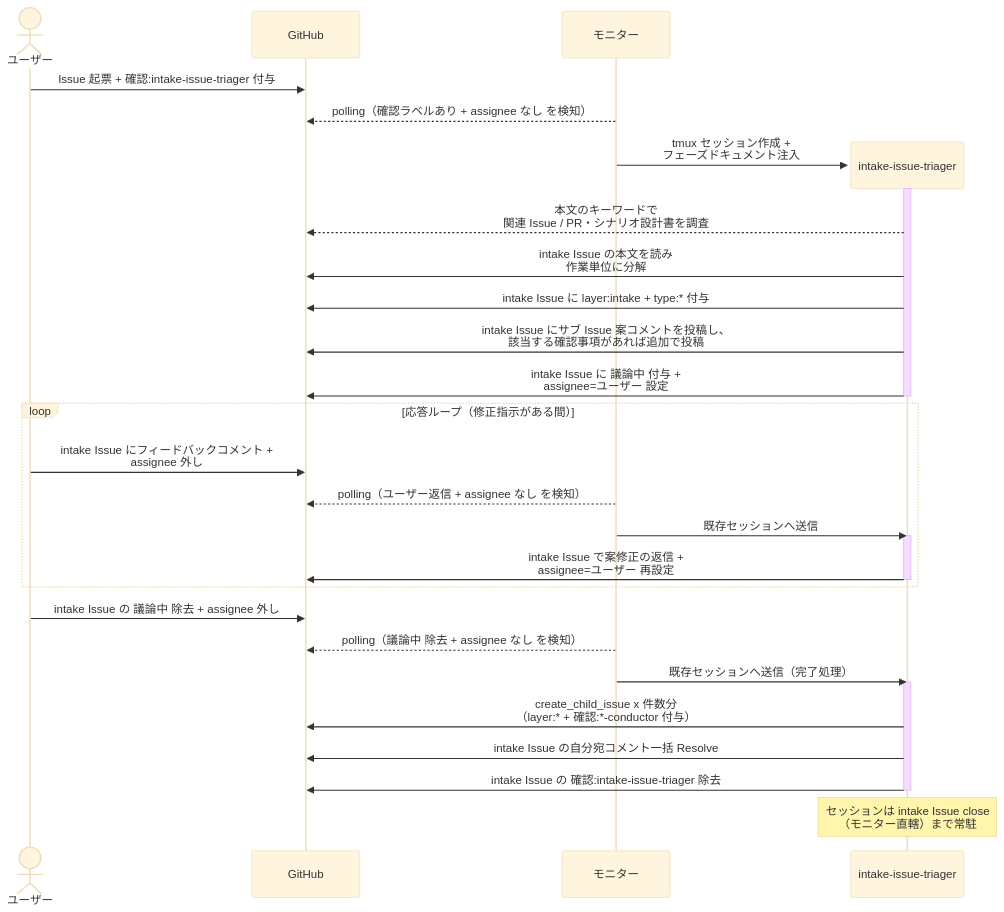
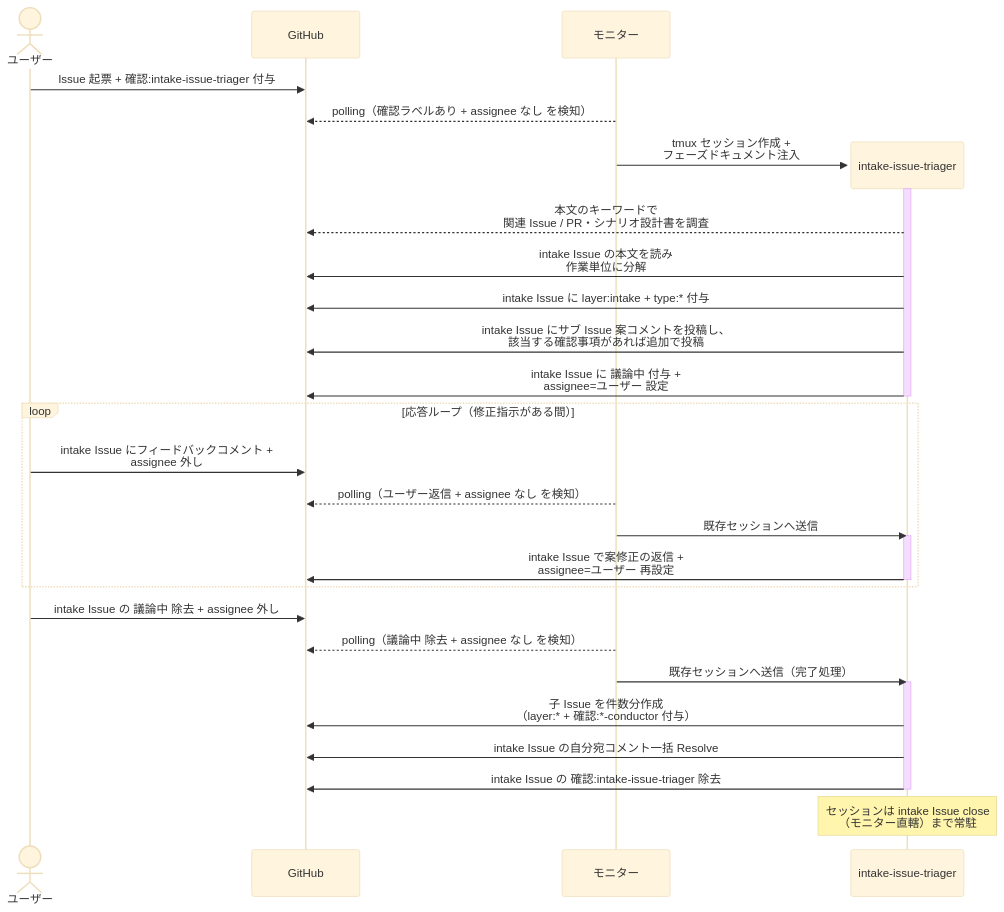
One commit to shuhei1101/ai-monitor changed the diagram in docs/wiki/設計図/シナリオ/単一ユースケース/Issue分解と子起票.md. Above: the diagram before and after it, drawn with Mermaid (base theme). The commit also changed 304 other files, not shown here.

````diff
--- a/docs/wiki/設計図/シナリオ/単一ユースケース/Issue分解と子起票.md
+++ b/docs/wiki/設計図/シナリオ/単一ユースケース/Issue分解と子起票.md
@@ -26,37 +26,37 @@
 ```mermaid
 sequenceDiagram
   actor U as ユーザー
   participant GH as GitHub
   participant ORC as モニター
 
   U->>GH: Issue 起票 + 確認:intake-issue-triager 付与
   ORC-->>GH: polling（確認ラベルあり + assignee なし を検知）
   create participant MON as intake-issue-triager
   ORC->>MON: tmux セッション作成 +<br>フェーズドキュメント注入
   activate MON
   MON-->>GH: 本文のキーワードで<br>関連 Issue / PR・シナリオ設計書を調査
   MON->>GH: intake Issue の本文を読み<br>作業単位に分解
   MON->>GH: intake Issue に layer:intake + type:* 付与
   MON->>GH: intake Issue にサブ Issue 案コメントを投稿し、<br>該当する確認事項があれば追加で投稿
   MON->>GH: intake Issue に 議論中 付与 +<br>assignee=ユーザー 設定
   deactivate MON
 
   loop 応答ループ（修正指示がある間）
     U->>GH: intake Issue にフィードバックコメント +<br>assignee 外し
     ORC-->>GH: polling（ユーザー返信 + assignee なし を検知）
     ORC->>MON: 既存セッションへ送信
     activate MON
     MON->>GH: intake Issue で案修正の返信 +<br>assignee=ユーザー 再設定
     deactivate MON
   end
 
   U->>GH: intake Issue の 議論中 除去 + assignee 外し
   ORC-->>GH: polling（議論中 除去 + assignee なし を検知）
   ORC->>MON: 既存セッションへ送信（完了処理）
   activate MON
-  MON->>GH: create_child_issue x 件数分<br>（layer:* + 確認:*-conductor 付与）
+  MON->>GH: 子 Issue を件数分作成<br>（layer:* + 確認:*-conductor 付与）
   MON->>GH: intake Issue の自分宛コメント一括 Resolve
   MON->>GH: intake Issue の 確認:intake-issue-triager 除去
   deactivate MON
   Note over MON: セッションは intake Issue close<br>（モニター直轄）まで常駐
 ```
````
